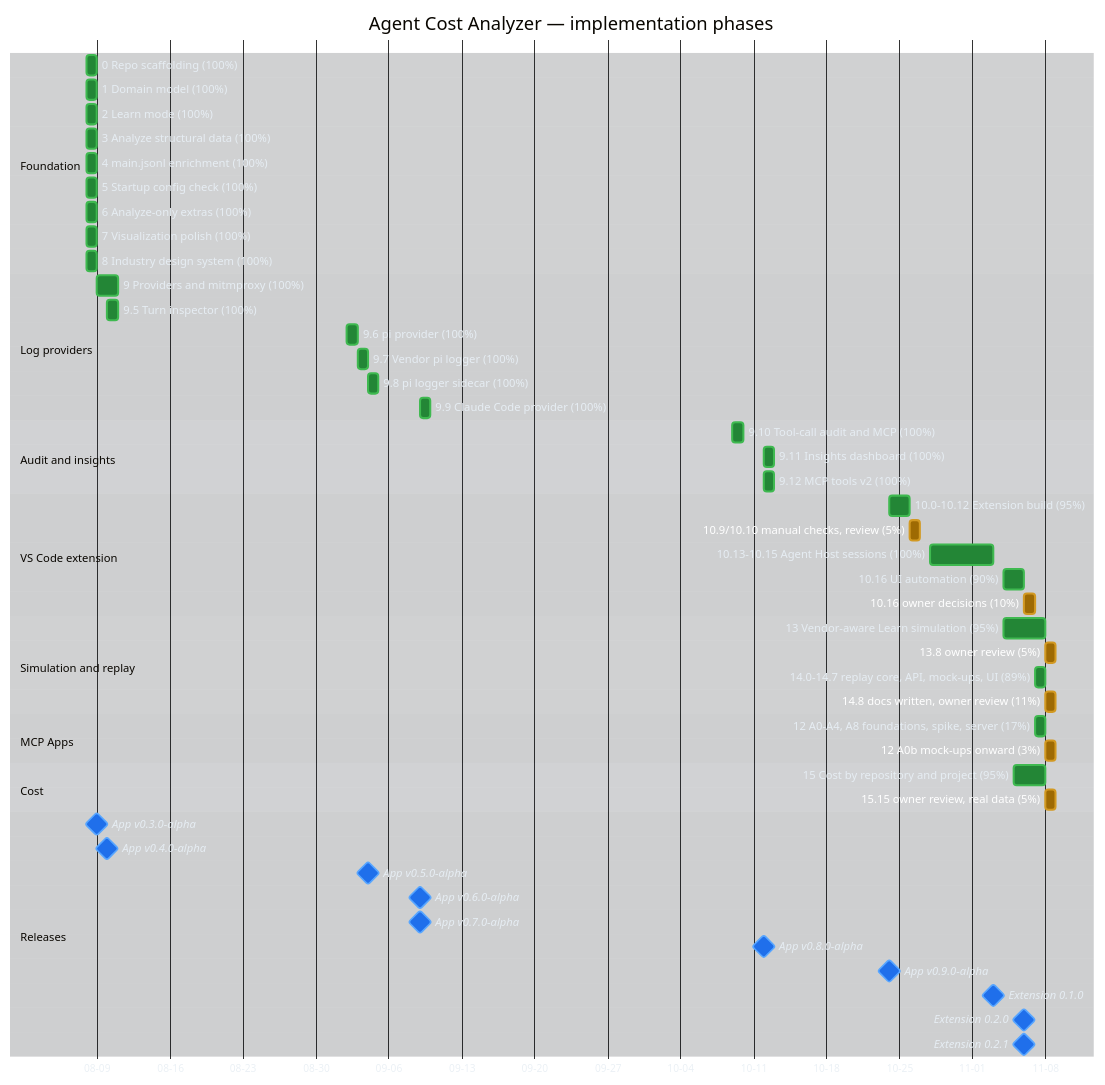
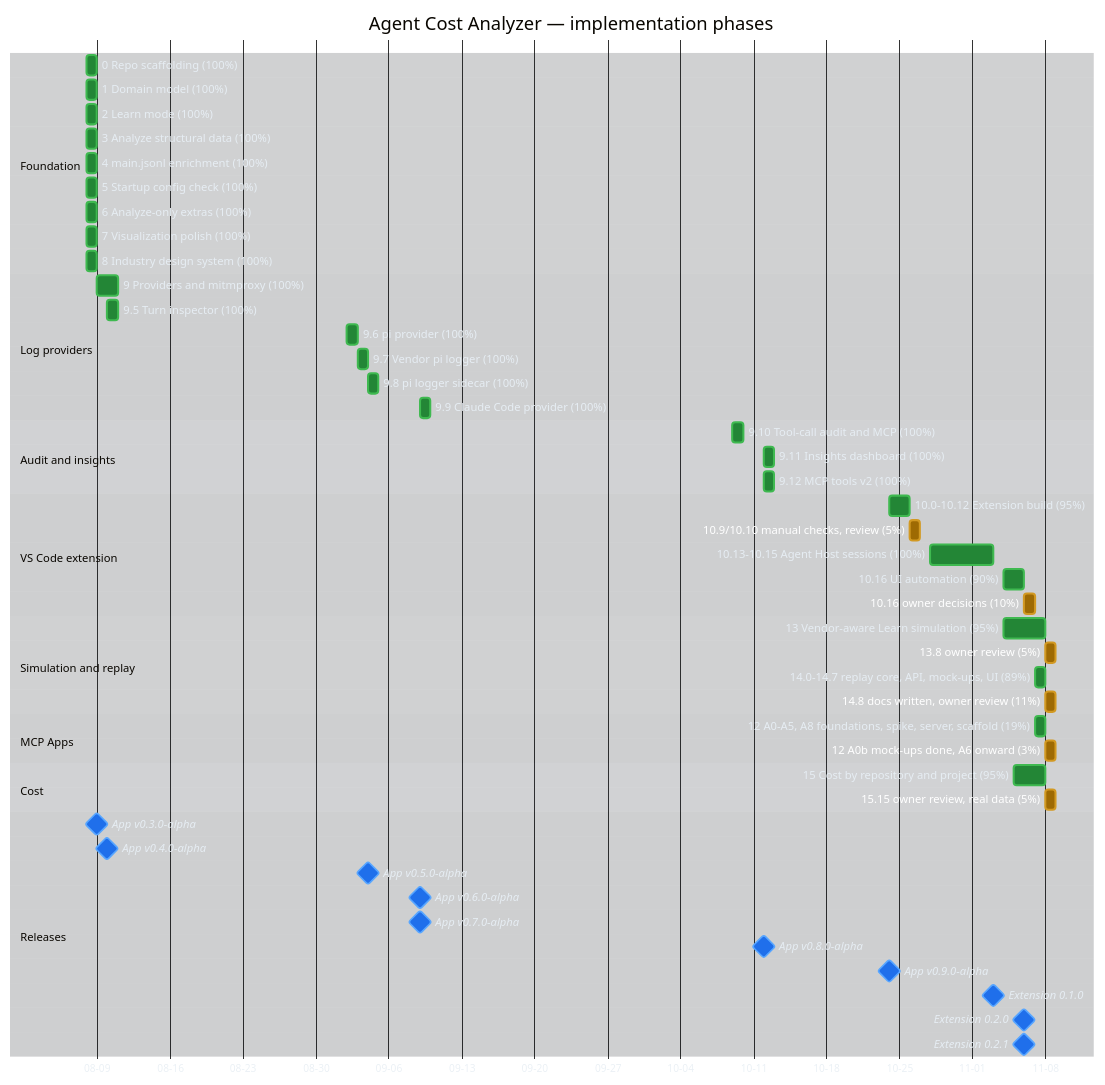
Before and after one commit to raulkivi/agent-cost-analyzer: the first of 3 diagrams in docs/implementation-plan-gantt.md, drawn with Mermaid. The commit also changed other lines of this file and 2 other files, not shown here.

First line of the commit message:
Phase 12 A5: record scaffold done and 900 KB budget in plan and Gantt

```diff
--- a/docs/implementation-plan-gantt.md
+++ b/docs/implementation-plan-gantt.md
@@ -75,8 +75,8 @@
     14.8 docs written, owner review (11%)  :active, p14r, after p14, 1d
 
     section MCP Apps
-    12 A0-A4, A8 foundations, spike, server (17%) :done, p12a, 2026-11-07, 1d
-    12 A0b mock-ups onward (3%)          :active, p12b, after p12a, 1d
+    12 A0-A5, A8 foundations, spike, server, scaffold (19%) :done, p12a, 2026-11-07, 1d
+    12 A0b mock-ups done, A6 onward (3%) :active, p12b, after p12a, 1d
 
     section Cost
     15 Cost by repository and project (95%) :done, p15, 2026-11-05, 3d
```
